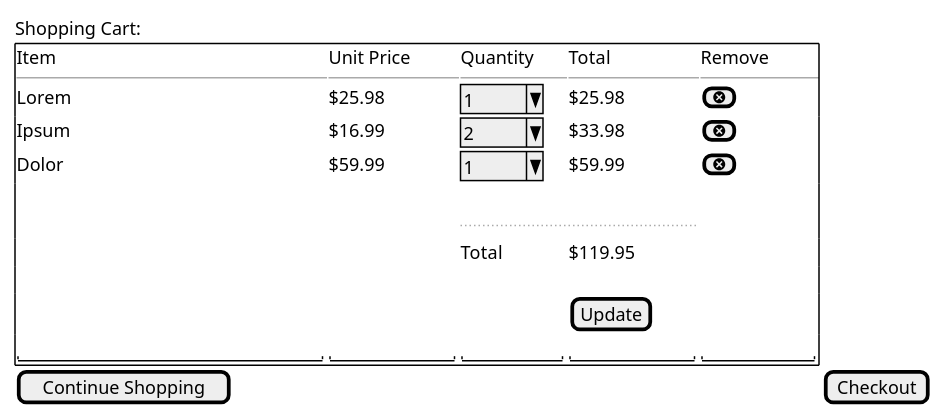
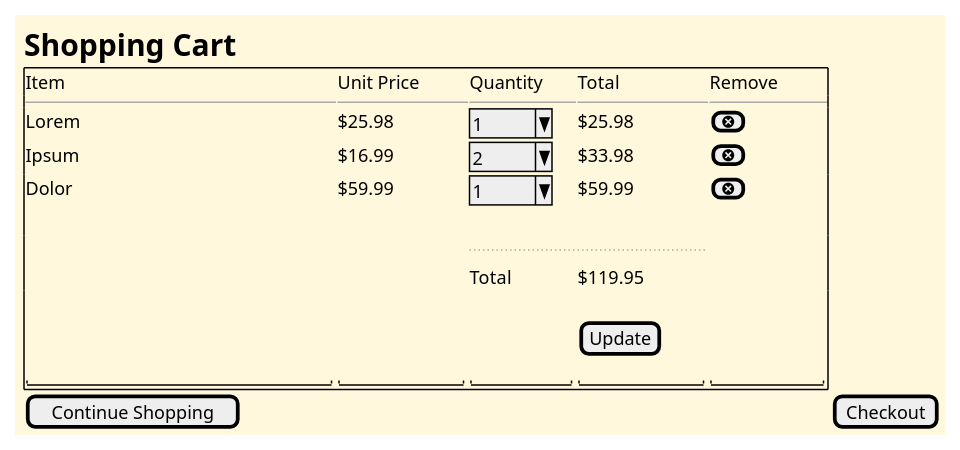
One commit to dyrel78/INFO_201 changed the diagram in milestone2/ViewCart.puml. Above: the diagram before and after it, drawn with PlantUML. The commit also changed 6 other files, not shown here.

```diff
--- a/milestone2/ViewCart.puml
+++ b/milestone2/ViewCart.puml
@@ -1,23 +1,26 @@
 @startsalt ShoppingCart
+skinparam BackgroundColor cornsilk
+
 {
-Shopping Cart:
+<size:20><b>Shopping Cart</b></size>
+
 {+
 Item | Unit Price | Quantity | Total | Remove
 --|--|--|--|--
 Lorem |$25.98 | ^1    ^ | $25.98 | [<&circle-x>]
 Ipsum |$16.99 | ^2    ^| $33.98 | [<&circle-x>]
 Dolor |$59.99| ^1    ^ | $59.99 | [<&circle-x>]
 .              |       |         |  |
 .              
 .              |       |         |  |
 .|..|...|
 . 
 |. |.| Total | $119.95 
 .
 |.|.| . |[Update]
 
 "                         "|"          "|"        "|"          "|"         "
 }
 [Continue Shopping]|[Checkout]
 }
 @endsalt
```
